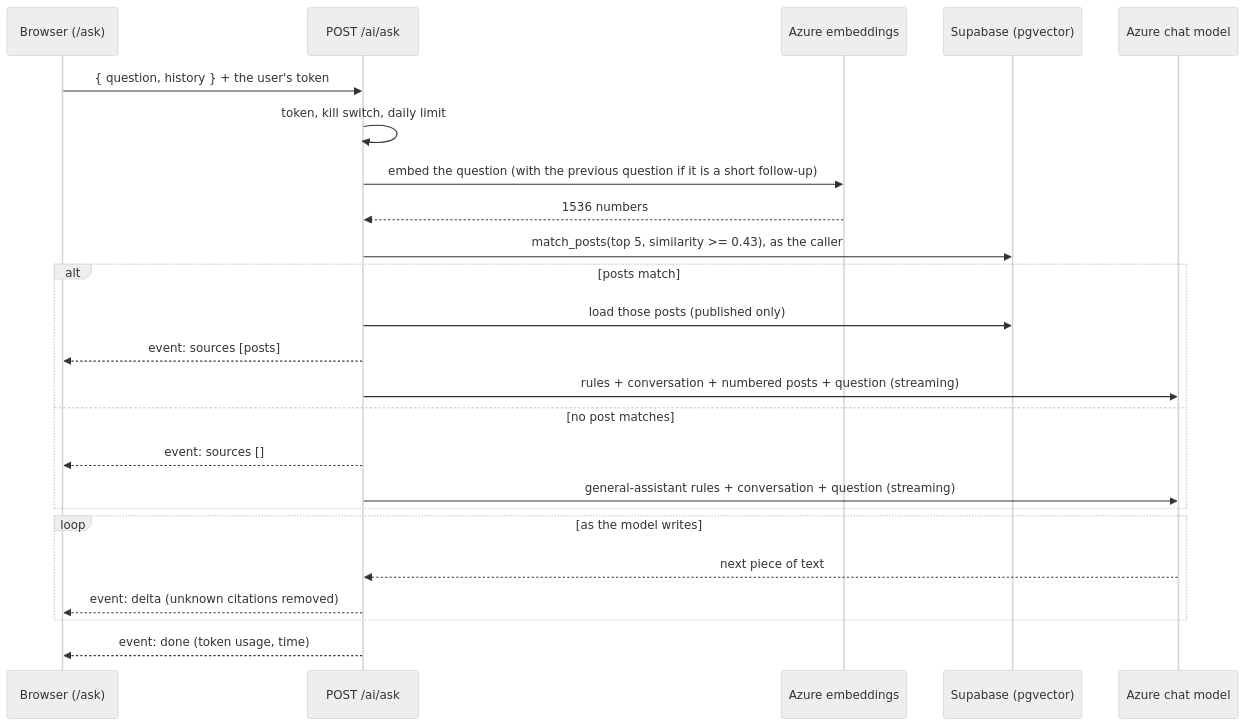
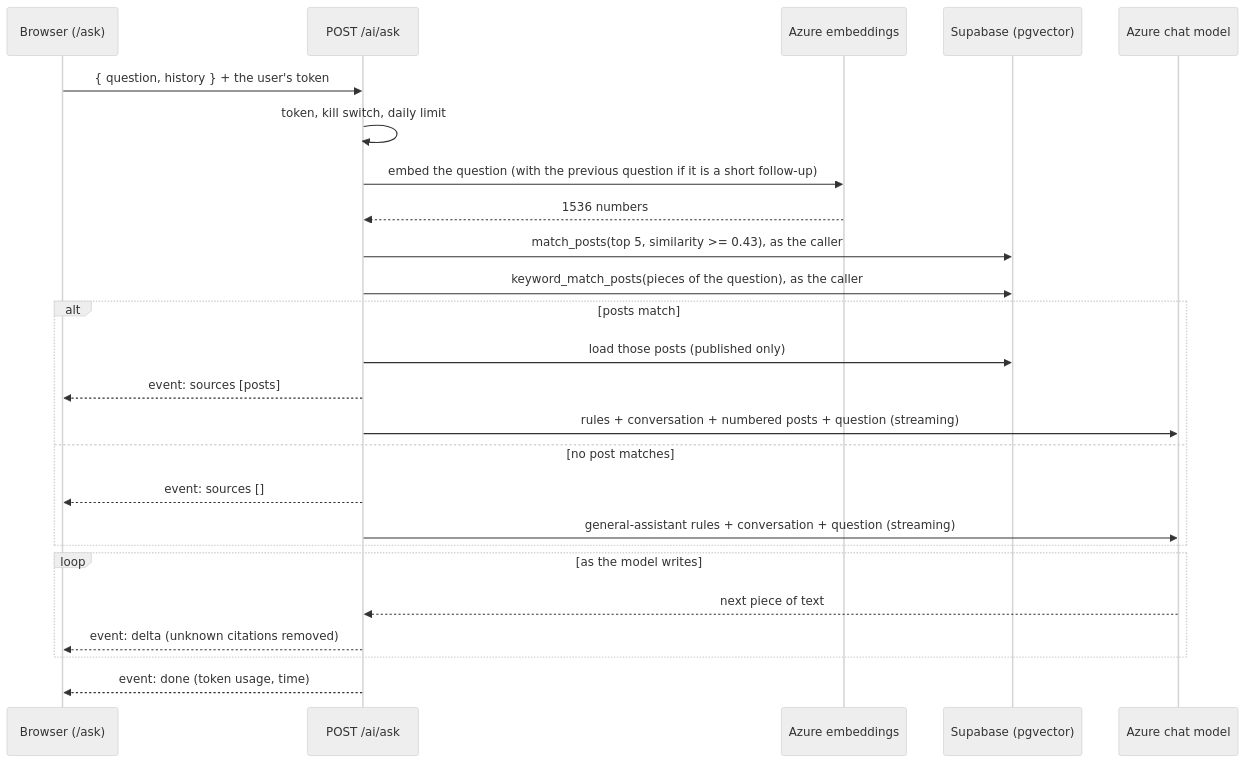
Before and after one commit to ATOMIC09/RuamLem: the diagram in docs/ask-ruamlem.md, drawn with Mermaid (neutral theme). The commit also changed other lines of this file and 8 other files, not shown here.

Commit message:
feat(ai): keyword search so Ask finds posts by a teacher's name or rare word

````diff
--- a/docs/ask-ruamlem.md
+++ b/docs/ask-ruamlem.md
@@ -18,26 +18,27 @@
 ```mermaid
 sequenceDiagram
     participant B as Browser (/ask)
     participant API as POST /ai/ask
     participant E as Azure embeddings
     participant DB as Supabase (pgvector)
     participant LLM as Azure chat model
     B->>API: { question, history } + the user's token
     API->>API: token, kill switch, daily limit
     API->>E: embed the question (with the previous question if it is a short follow-up)
     E-->>API: 1536 numbers
     API->>DB: match_posts(top 5, similarity >= 0.43), as the caller
+    API->>DB: keyword_match_posts(pieces of the question), as the caller
     alt posts match
         API->>DB: load those posts (published only)
         API-->>B: event: sources [posts]
         API->>LLM: rules + conversation + numbered posts + question (streaming)
     else no post matches
         API-->>B: event: sources []
         API->>LLM: general-assistant rules + conversation + question (streaming)
     end
     loop as the model writes
         LLM-->>API: next piece of text
         API-->>B: event: delta (unknown citations removed)
     end
     API-->>B: event: done (token usage, time)
 ```
````
